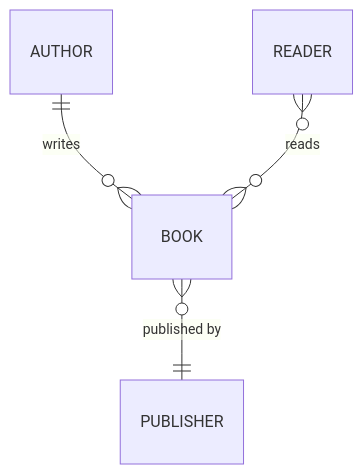
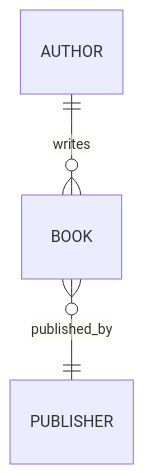
One commit to basidiocarp/lamella changed the third of 4 diagrams in resources/skills/tools/mermaid-diagrams/references/erd-diagrams.md. Above: the diagram before and after it, drawn with Mermaid. The commit also changed other lines of this file and 1251 other files, not shown here.

````diff
--- a/resources/skills/tools/mermaid-diagrams/references/erd-diagrams.md
+++ b/resources/skills/tools/mermaid-diagrams/references/erd-diagrams.md
@@ -79,6 +42,5 @@
 ```mermaid
 erDiagram
     AUTHOR ||--o{ BOOK : writes
-    BOOK }o--|| PUBLISHER : "published by"
-    READER }o--o{ BOOK : reads
+    BOOK }o--|| PUBLISHER : published_by
 ```
````
